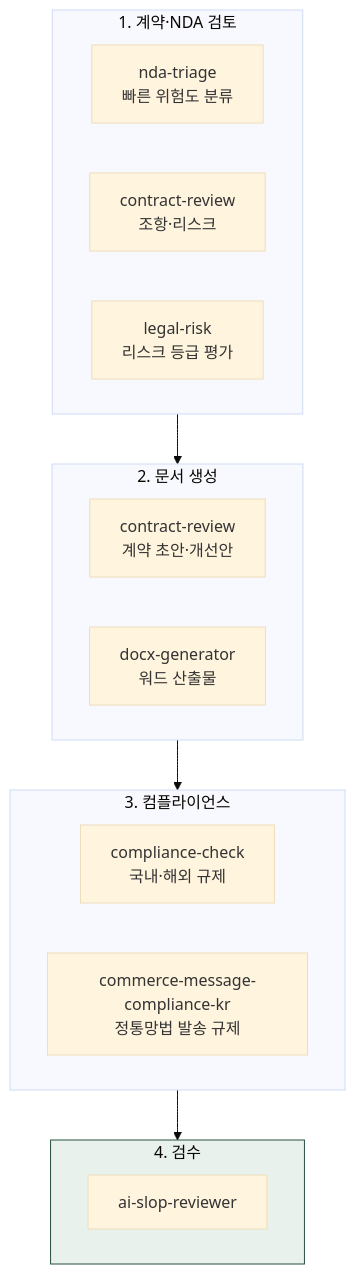
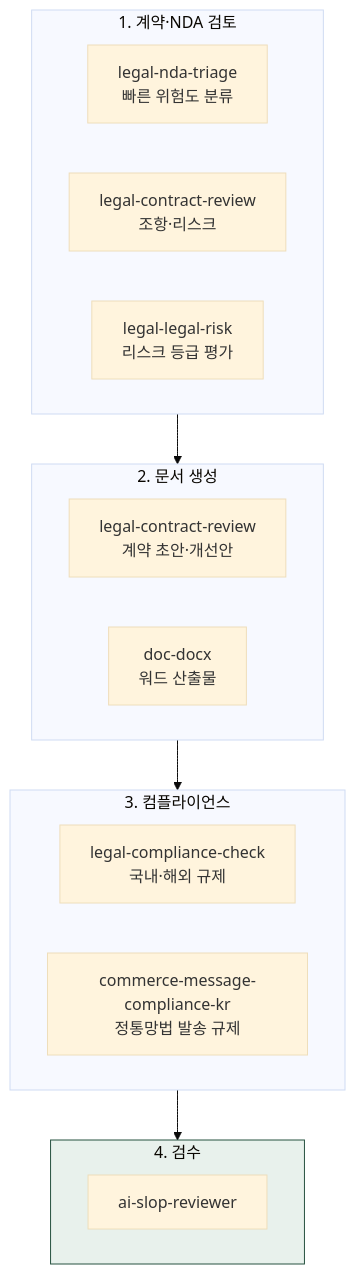
Before and after one commit to modu-ai/cowork-plugins: the diagram in www/content/cookbook/tracks/track-legal.md, drawn with Mermaid (base theme). The commit also changed other lines of this file and 45 other files, not shown here.

First line of the commit message:
docs(www): 스킬명 정합 + 깨진 링크 수정 + mermaid 보강

````diff
--- a/www/content/cookbook/tracks/track-legal.md
+++ b/www/content/cookbook/tracks/track-legal.md
@@ -16,21 +16,21 @@
 ```mermaid
 flowchart TD
    subgraph 검토["1. 계약·NDA 검토"]
-       A1["nda-triage<br/>빠른 위험도 분류"]
-       A2["contract-review<br/>조항·리스크"]
-       A3["legal-risk<br/>리스크 등급 평가"]
+       A1["legal-nda-triage<br/>빠른 위험도 분류"]
+       A2["legal-contract-review<br/>조항·리스크"]
+       A3["legal-legal-risk<br/>리스크 등급 평가"]
    end
    subgraph 생성["2. 문서 생성"]
-       B1["contract-review<br/>계약 초안·개선안"]
-       B2["docx-generator<br/>워드 산출물"]
+       B1["legal-contract-review<br/>계약 초안·개선안"]
+       B2["doc-docx<br/>워드 산출물"]
    end
    subgraph 규제["3. 컴플라이언스"]
-       C1["compliance-check<br/>국내·해외 규제"]
+       C1["legal-compliance-check<br/>국내·해외 규제"]
        C2["commerce-message-compliance-kr<br/>정통망법 발송 규제"]
    end
    subgraph 검수["4. 검수"]
        D1["ai-slop-reviewer"]
    end
    검토 --> 생성 --> 규제 --> 검수
    style 검수 fill:#e8f1ec,stroke:#265240
 ```
````
